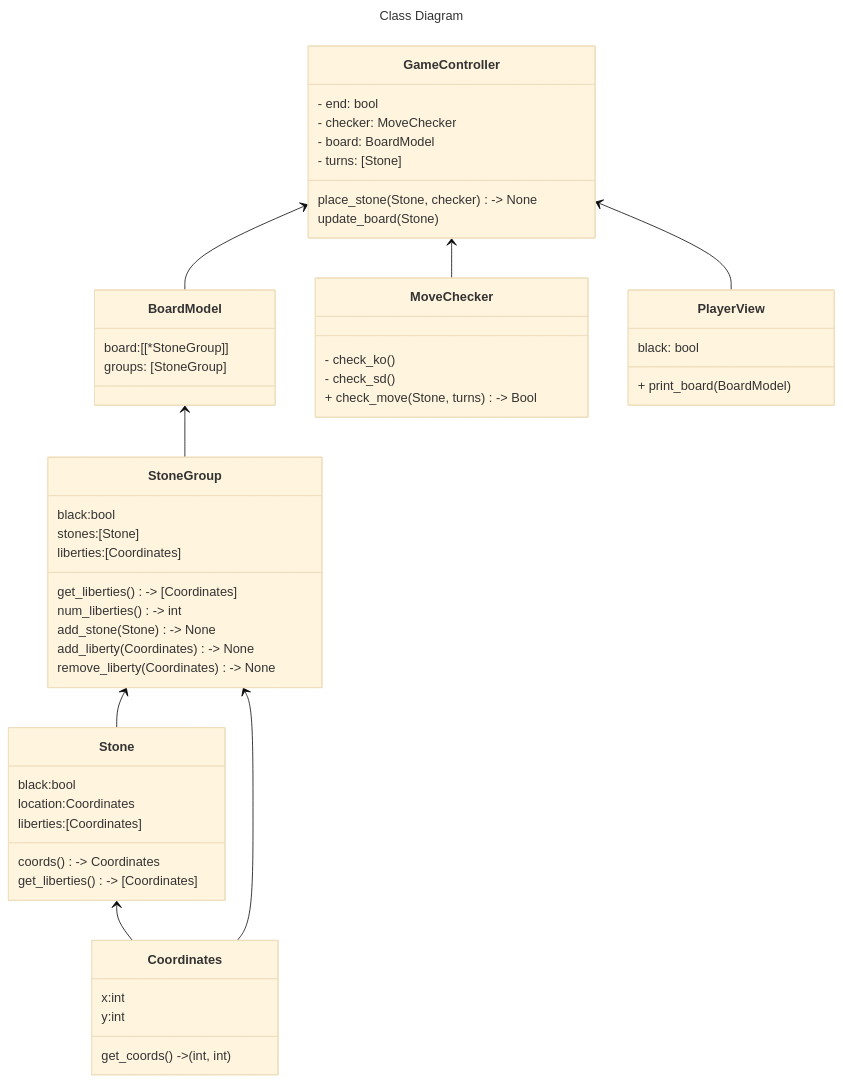
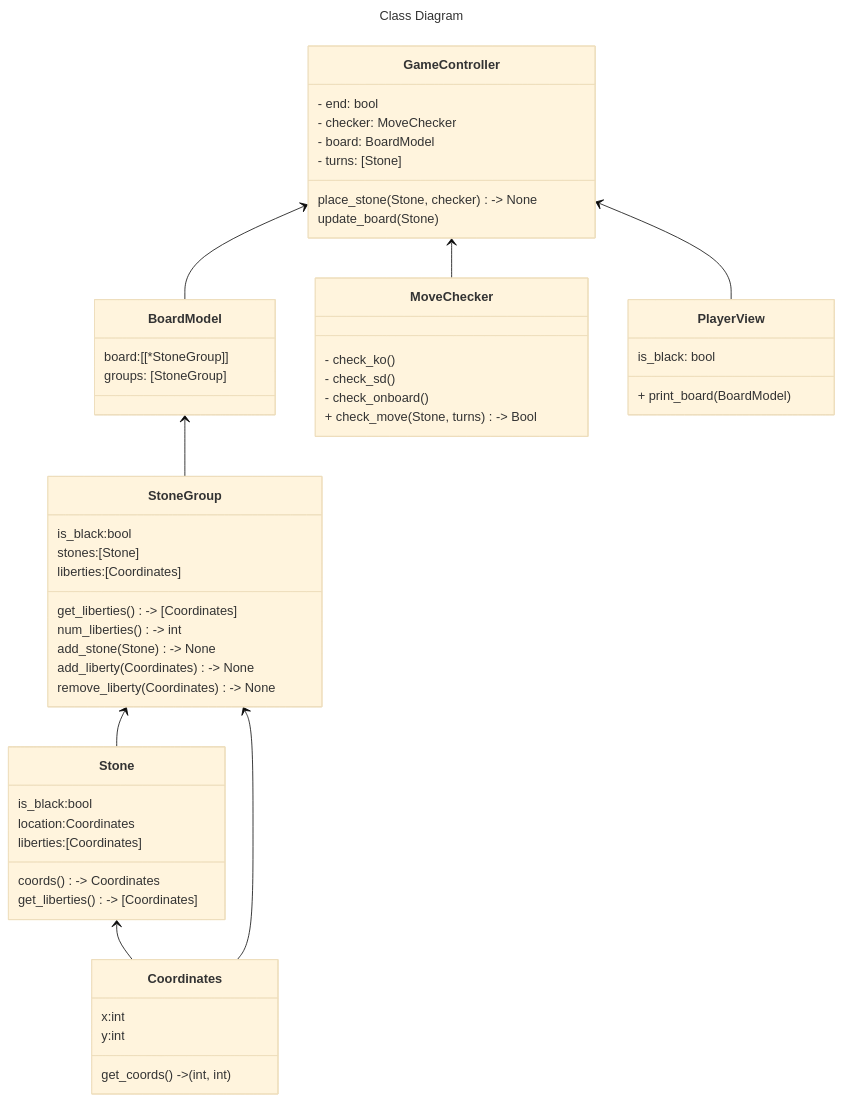
The diagram in README.md (adeshkadambi/go), drawn with Mermaid (base theme) before and after one commit. The commit also changed 2 other files, not shown here.

Commit message:
naming conventions

````diff
--- a/README.md
+++ b/README.md
@@ -4,68 +4,69 @@
 ```mermaid
 ---
 title: Class Diagram
 ---
 classDiagram
 
     GameController <-- BoardModel
     BoardModel <-- StoneGroup
     StoneGroup <-- Stone
     GameController <-- MoveChecker
     GameController <-- PlayerView
     Stone <-- Coordinates
     StoneGroup <-- Coordinates
 
     class BoardModel {
         board:[[*StoneGroup]]
         groups: [StoneGroup]
     }
 
     class GameController {
         - end: bool
         - checker: MoveChecker
         - board: BoardModel
         - turns: [Stone]
 
         place_stone(Stone, checker) -> None
         update_board(Stone)
     }
 
     class MoveChecker{
         - check_ko()
         - check_sd()
+        - check_onboard()
         + check_move(Stone, turns) -> Bool
     }
 
     class PlayerView {
-        black: bool
+        is_black: bool
 
         + print_board(BoardModel)
     }
 
     class Coordinates {
         x:int
         y:int
         get_coords() -> (int, int)
     }
 
     class Stone {
-        black:bool
+        is_black:bool
         location:Coordinates
         liberties:[Coordinates]
 
         coords() -> Coordinates
         get_liberties() -> [Coordinates]
     }
 
     class StoneGroup {
-        black:bool
+        is_black:bool
         stones:[Stone]
         liberties:[Coordinates]
 
         get_liberties() -> [Coordinates]
         num_liberties() -> int
         add_stone(Stone) -> None
         add_liberty(Coordinates) -> None
         remove_liberty(Coordinates) -> None
     }
 ```
````
